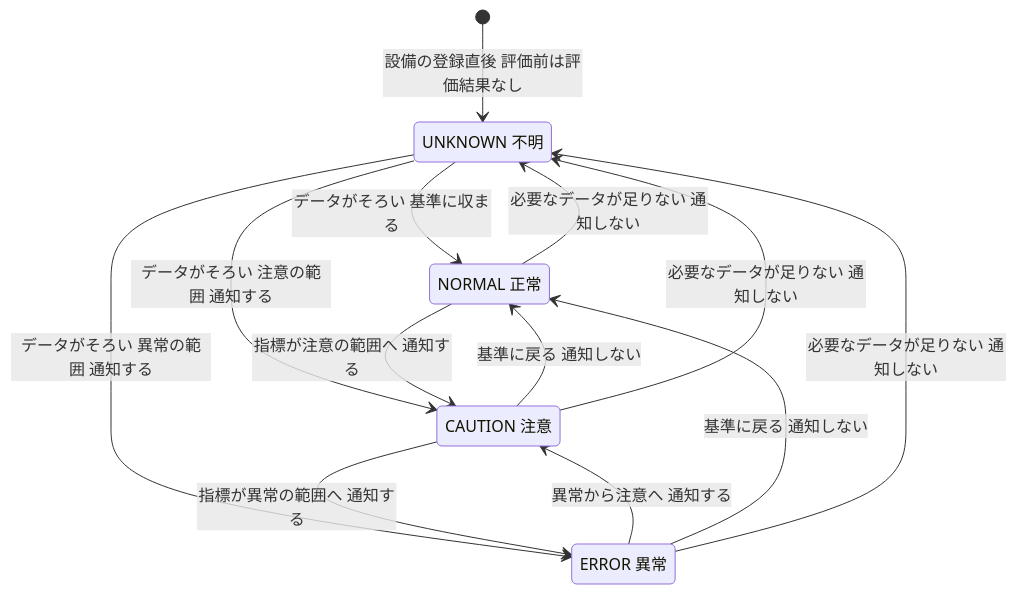
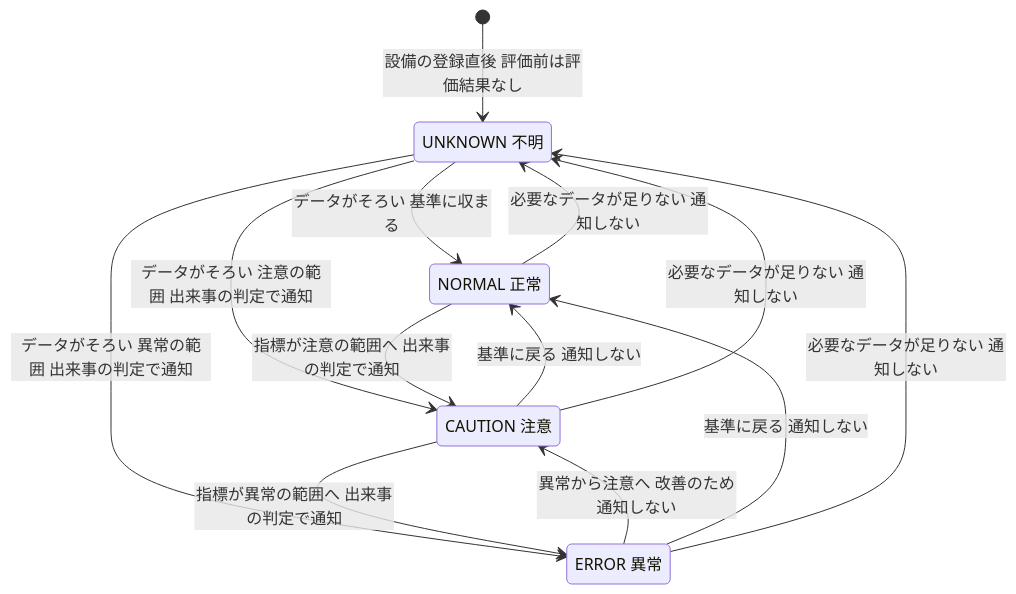
One commit to NS-APU/smart-farm-monitoring changed diagram 32 of 46 in docs/10_design/architecture/as-built.md. Above: the diagram before and after it, drawn with Mermaid. The commit also changed other lines of this file and 11 other files, not shown here.

````diff
--- a/docs/10_design/architecture/as-built.md
+++ b/docs/10_design/architecture/as-built.md
@@ -1881,20 +1922,20 @@
 ```mermaid
 stateDiagram-v2
   state "UNKNOWN 不明" as UNKNOWN
   state "NORMAL 正常" as NORMAL
   state "CAUTION 注意" as CAUTION
   state "ERROR 異常" as ERROR
 
   [*] --> UNKNOWN : 設備の登録直後 評価前は評価結果なし
   UNKNOWN --> NORMAL : データがそろい 基準に収まる
-  UNKNOWN --> CAUTION : データがそろい 注意の範囲 通知する
-  UNKNOWN --> ERROR : データがそろい 異常の範囲 通知する
-  NORMAL --> CAUTION : 指標が注意の範囲へ 通知する
-  CAUTION --> ERROR : 指標が異常の範囲へ 通知する
-  ERROR --> CAUTION : 異常から注意へ 通知する
+  UNKNOWN --> CAUTION : データがそろい 注意の範囲 出来事の判定で通知
+  UNKNOWN --> ERROR : データがそろい 異常の範囲 出来事の判定で通知
+  NORMAL --> CAUTION : 指標が注意の範囲へ 出来事の判定で通知
+  CAUTION --> ERROR : 指標が異常の範囲へ 出来事の判定で通知
+  ERROR --> CAUTION : 異常から注意へ 改善のため通知しない
   CAUTION --> NORMAL : 基準に戻る 通知しない
   ERROR --> NORMAL : 基準に戻る 通知しない
   NORMAL --> UNKNOWN : 必要なデータが足りない 通知しない
   CAUTION --> UNKNOWN : 必要なデータが足りない 通知しない
   ERROR --> UNKNOWN : 必要なデータが足りない 通知しない
 ```
````
